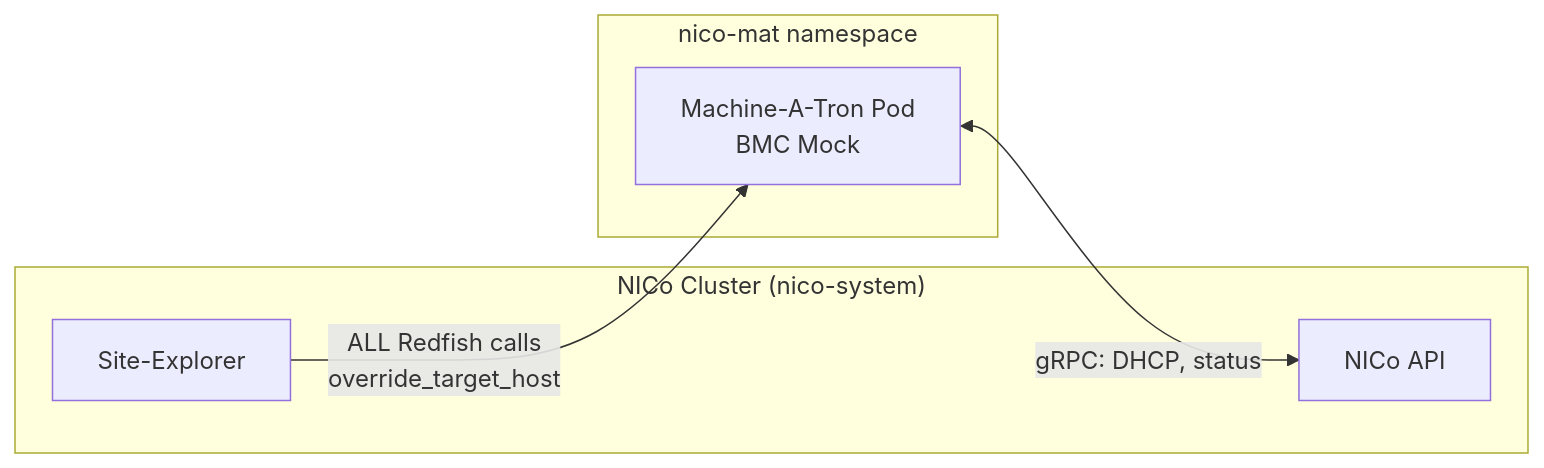
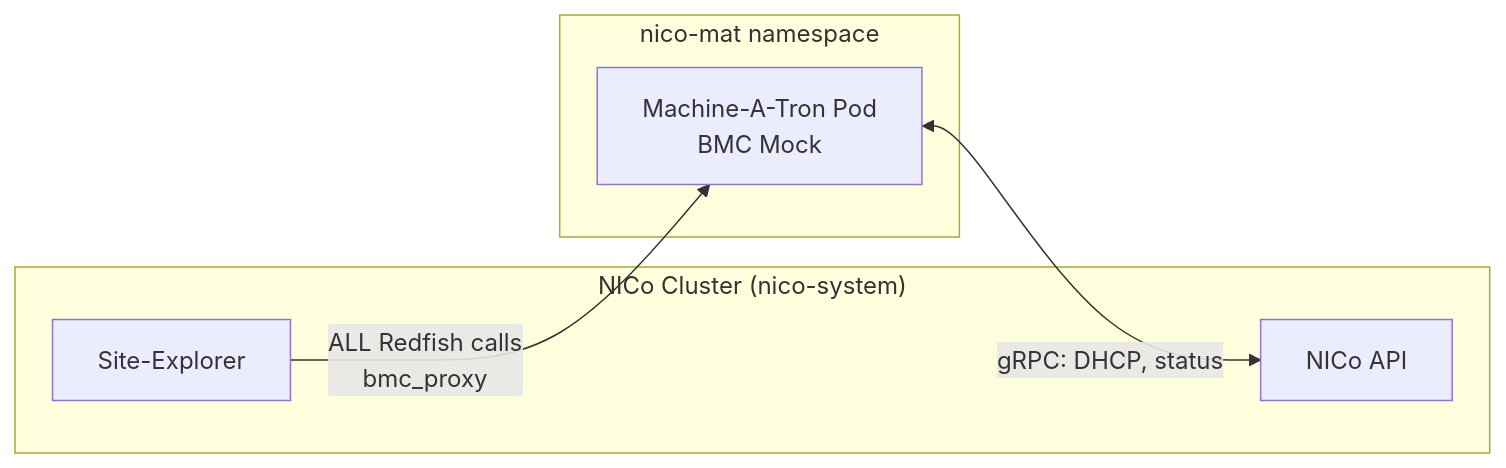
The second of 3 diagrams in helm/charts/nico-machine-a-tron/README.md (NVIDIA/bare-metal-manager-core), drawn with Mermaid before and after one commit. The commit also changed other lines of this file and 12 other files, not shown here.

````diff
--- a/helm/charts/nico-machine-a-tron/README.md
+++ b/helm/charts/nico-machine-a-tron/README.md
@@ -46,14 +46,14 @@
 ```mermaid
 flowchart LR
     subgraph NICo["NICo Cluster (nico-system)"]
         SE[Site-Explorer]
         API[NICo API]
     end
 
     subgraph MAT["nico-mat namespace"]
         BMC[Machine-A-Tron Pod<br/>BMC Mock]
     end
 
-    SE -->|"ALL Redfish calls<br/>override_target_host"| BMC
+    SE -->|"ALL Redfish calls<br/>bmc_proxy"| BMC
     BMC <-->|"gRPC: DHCP, status"| API
 ```
````
